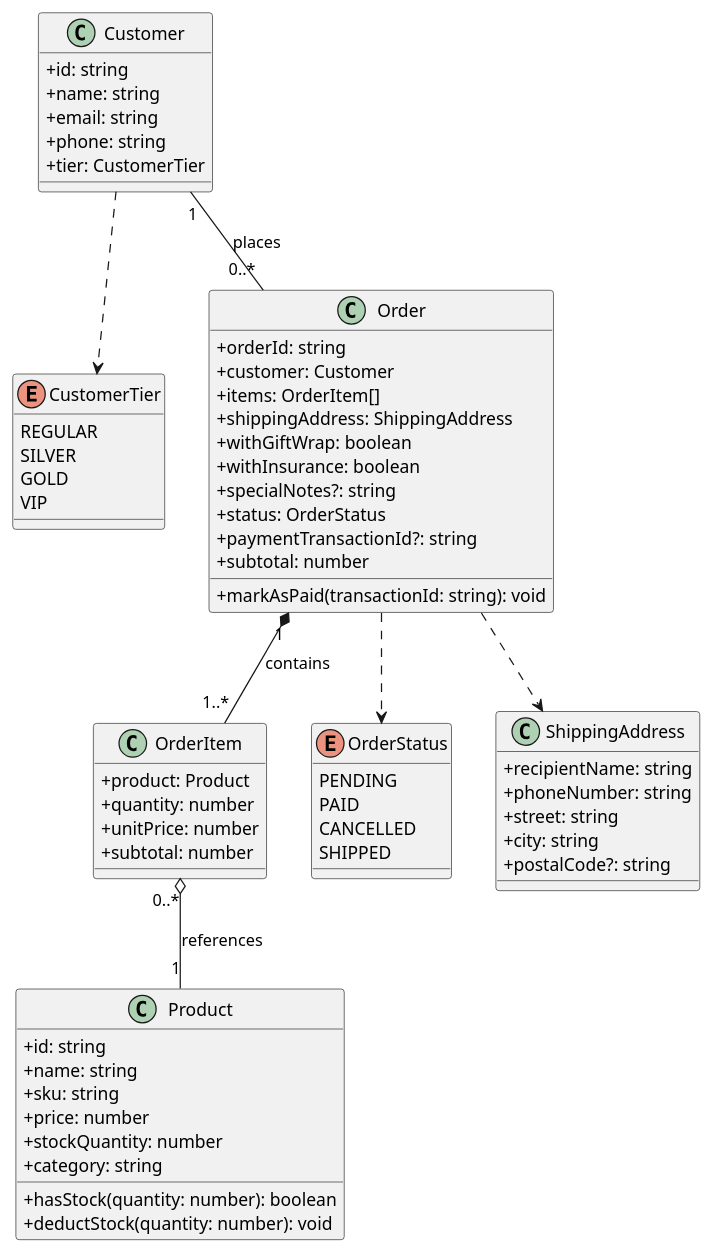
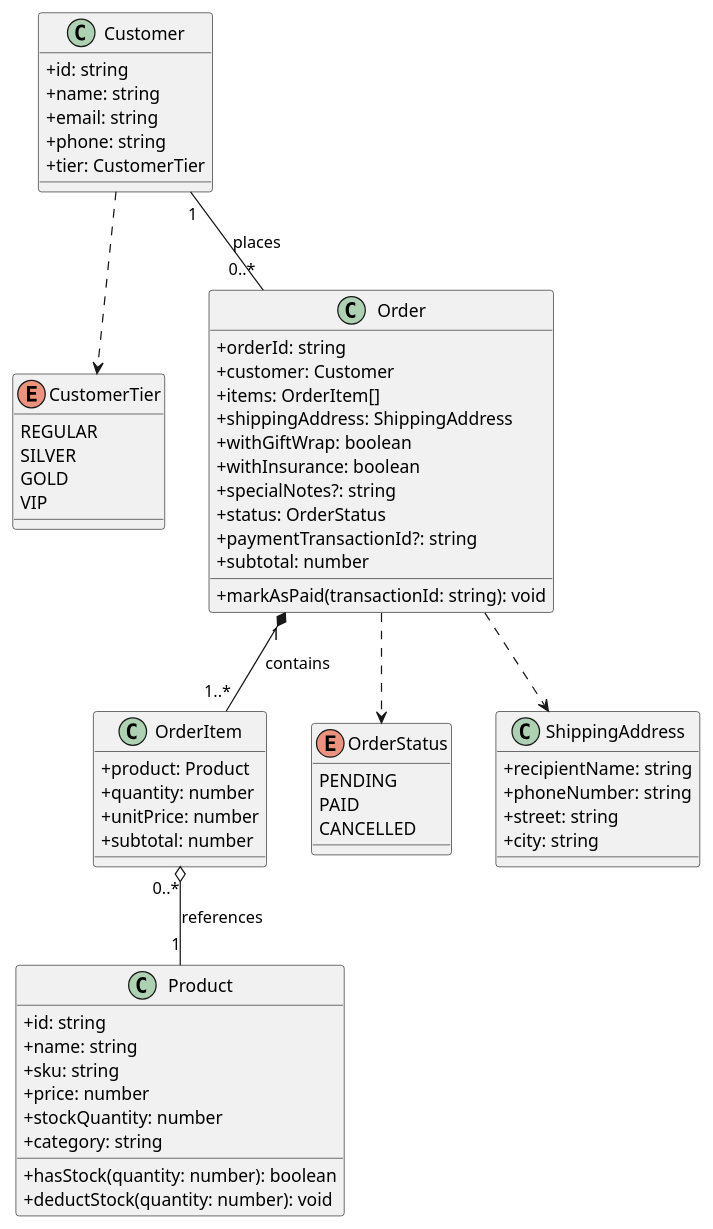
Before and after one commit to phamanhduc8577-hash/ecommerce-design-patterns: the diagram in docs/architecture/domain-model.puml, drawn with PlantUML. The commit also changed 78 other files, not shown here.

First line of the commit message:
feat: ecommerce design patterns with clean architecture

```diff
--- a/docs/architecture/domain-model.puml
+++ b/docs/architecture/domain-model.puml
@@ -1,73 +1,71 @@
 @startuml DomainModel
 skinparam classAttributeIconSize 0
 
 enum CustomerTier {
   REGULAR
   SILVER
   GOLD
   VIP
 }
 
 class Customer {
   +id: string
   +name: string
   +email: string
   +phone: string
   +tier: CustomerTier
 }
 
 class Product {
   +id: string
   +name: string
   +sku: string
   +price: number
   +stockQuantity: number
   +category: string
   +hasStock(quantity: number): boolean
   +deductStock(quantity: number): void
 }
 
 class OrderItem {
   +product: Product
   +quantity: number
   +unitPrice: number
   +subtotal: number
 }
 
 enum OrderStatus {
   PENDING
   PAID
   CANCELLED
-  SHIPPED
 }
 
 class ShippingAddress {
   +recipientName: string
   +phoneNumber: string
   +street: string
   +city: string
-  +postalCode?: string
 }
 
 class Order {
   +orderId: string
   +customer: Customer
   +items: OrderItem[]
   +shippingAddress: ShippingAddress
   +withGiftWrap: boolean
   +withInsurance: boolean
   +specialNotes?: string
   +status: OrderStatus
   +paymentTransactionId?: string
   +subtotal: number
   +markAsPaid(transactionId: string): void
 }
 
 Customer "1" -- "0..*" Order : places
 Order "1" *-- "1..*" OrderItem : contains
 OrderItem "0..*" o-- "1" Product : references
 Customer ..> CustomerTier
 Order ..> OrderStatus
 Order ..> ShippingAddress
 
 @enduml
```
